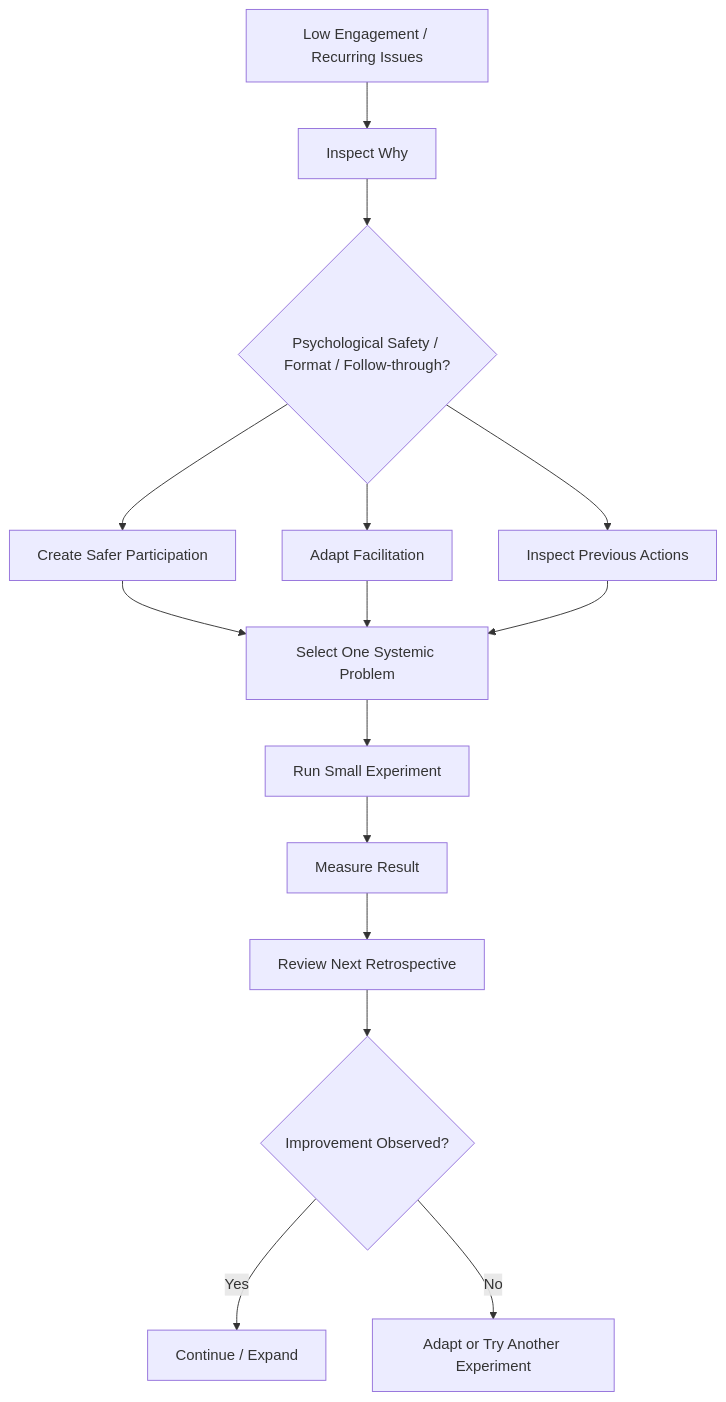
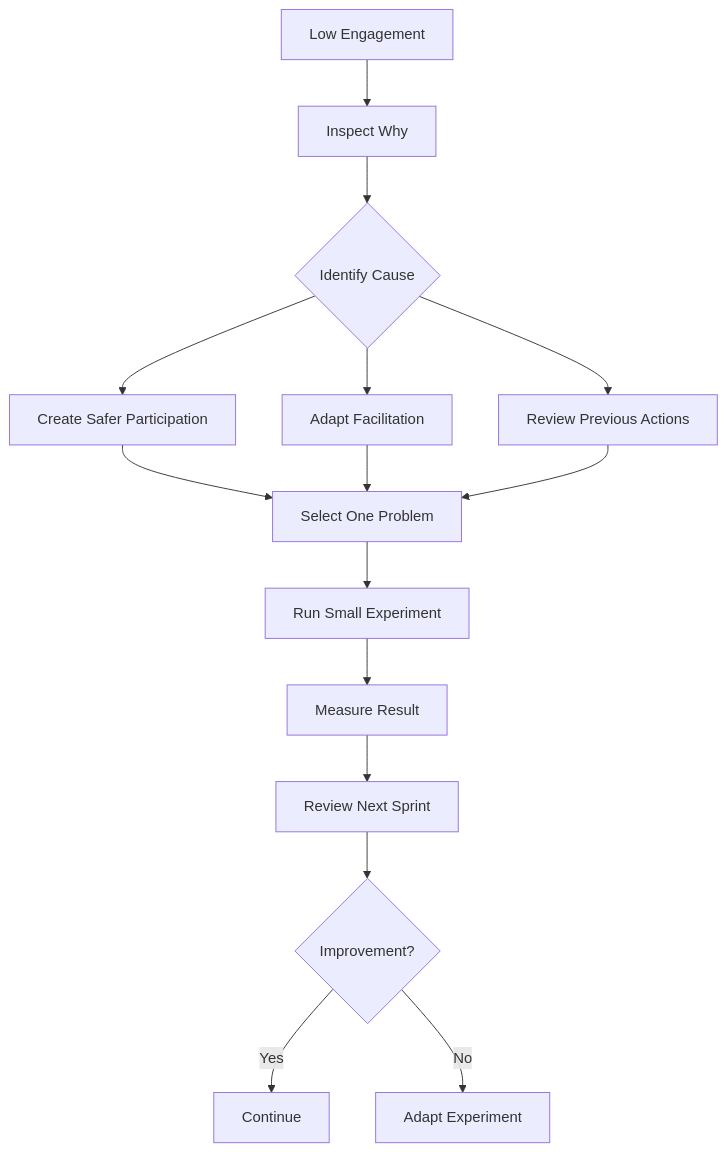
Before and after one commit to mounikapulluru30/scrum-master-case-studies: the diagram in case-studies/04-retrospective-resistance/README.md, drawn with Mermaid.

Commit message:
Fix Case Study 4 Mermaid visual

````diff
--- a/case-studies/04-retrospective-resistance/README.md
+++ b/case-studies/04-retrospective-resistance/README.md
@@ -180,17 +180,19 @@
 ```mermaid
+
 flowchart TD
-A[Low Engagement / Recurring Issues] --> B[Inspect Why]
-B --> C{Psychological Safety / Format / Follow-through?}
+A[Low Engagement] --> B[Inspect Why]
+B --> C{Identify Cause}
 C --> D[Create Safer Participation]
 C --> E[Adapt Facilitation]
-C --> F[Inspect Previous Actions]
-D --> G[Select One Systemic Problem]
+C --> F[Review Previous Actions]
+D --> G[Select One Problem]
 E --> G
 F --> G
 G --> H[Run Small Experiment]
 H --> I[Measure Result]
-I --> J[Review Next Retrospective]
-J --> K{Improvement Observed?}
-K -- Yes --> L[Continue / Expand]
-K -- No --> M[Adapt or Try Another Experiment]
+I --> J[Review Next Sprint]
+J --> K{Improvement?}
+K -- Yes --> L[Continue]
+K -- No --> M[Adapt Experiment]
+
 ```
````
